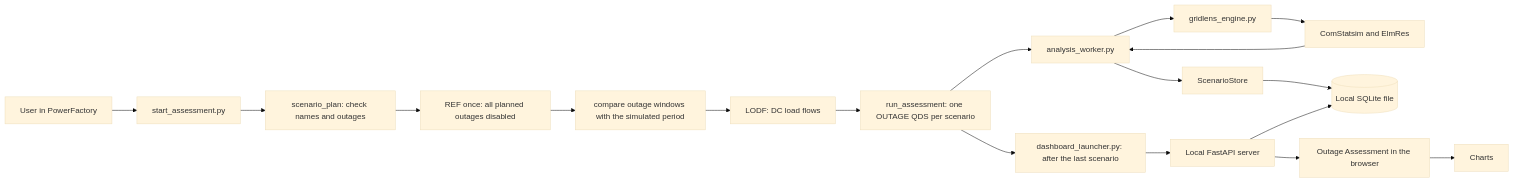
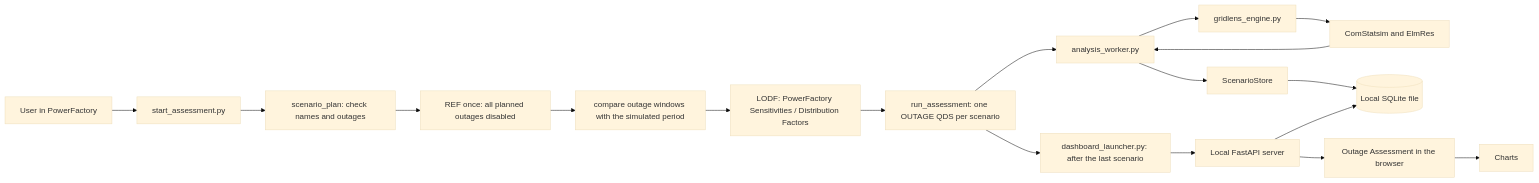
One commit to hadiibrahim-Engin/nahriva-grid-analysis changed the first of 11 diagrams in BIG_PICTURE.md. Above: the diagram before and after it, drawn with Mermaid (base theme). The commit also changed other lines of this file and 13 other files, not shown here.

First line of the commit message:
Refactor LODF calculation to utilize PowerFactory's Sensitivities / Distribution Factors

````diff
--- a/BIG_PICTURE.md
+++ b/BIG_PICTURE.md
@@ -10,20 +10,20 @@
 ```mermaid
 flowchart LR
     User[User in PowerFactory] --> Entry[start_assessment.py]
     Entry --> Plan[scenario_plan: check names and outages]
     Plan --> Ref[REF once: all planned outages disabled]
     Ref --> Period[compare outage windows with the simulated period]
-    Period --> Lodf[LODF: DC load flows]
+    Period --> Lodf[LODF: PowerFactory Sensitivities / Distribution Factors]
     Lodf --> Batch[run_assessment: one OUTAGE QDS per scenario]
     Batch --> Worker[analysis_worker.py]
     Worker --> Engine[gridlens_engine.py]
     Engine --> PF[ComStatsim and ElmRes]
     PF --> Worker
     Worker --> Store[ScenarioStore]
     Store --> DB[(Local SQLite file)]
     Batch --> Launcher[dashboard_launcher.py: after the last scenario]
     Launcher --> Server[Local FastAPI server]
     Server --> DB
     Server --> Browser[Outage Assessment in the browser]
     Browser --> Charts[Charts]
 ```
````
